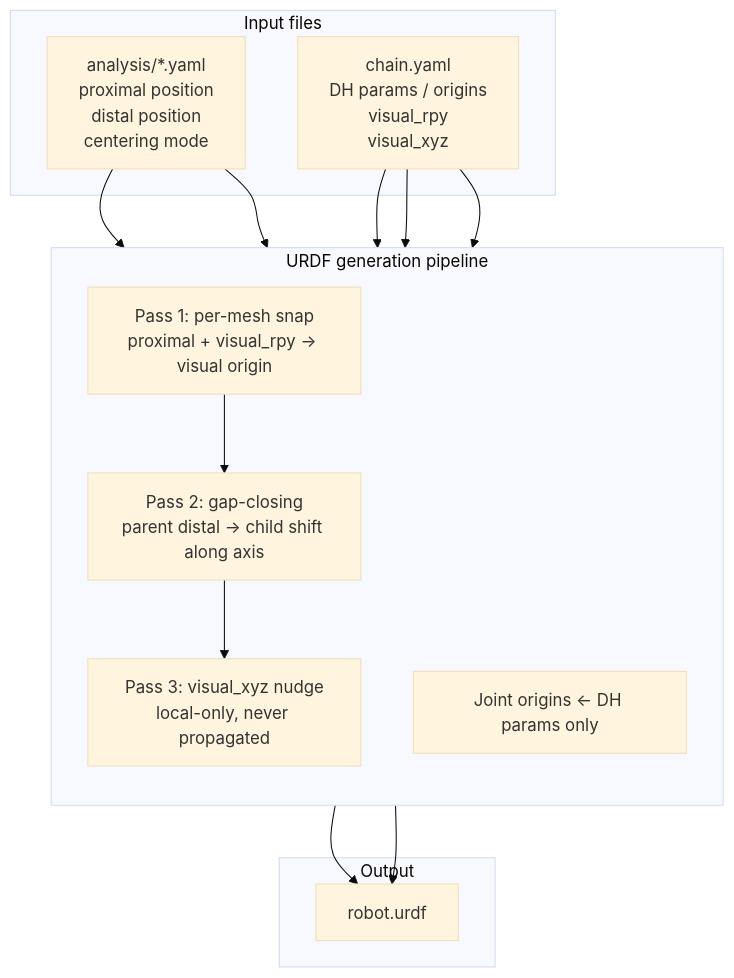
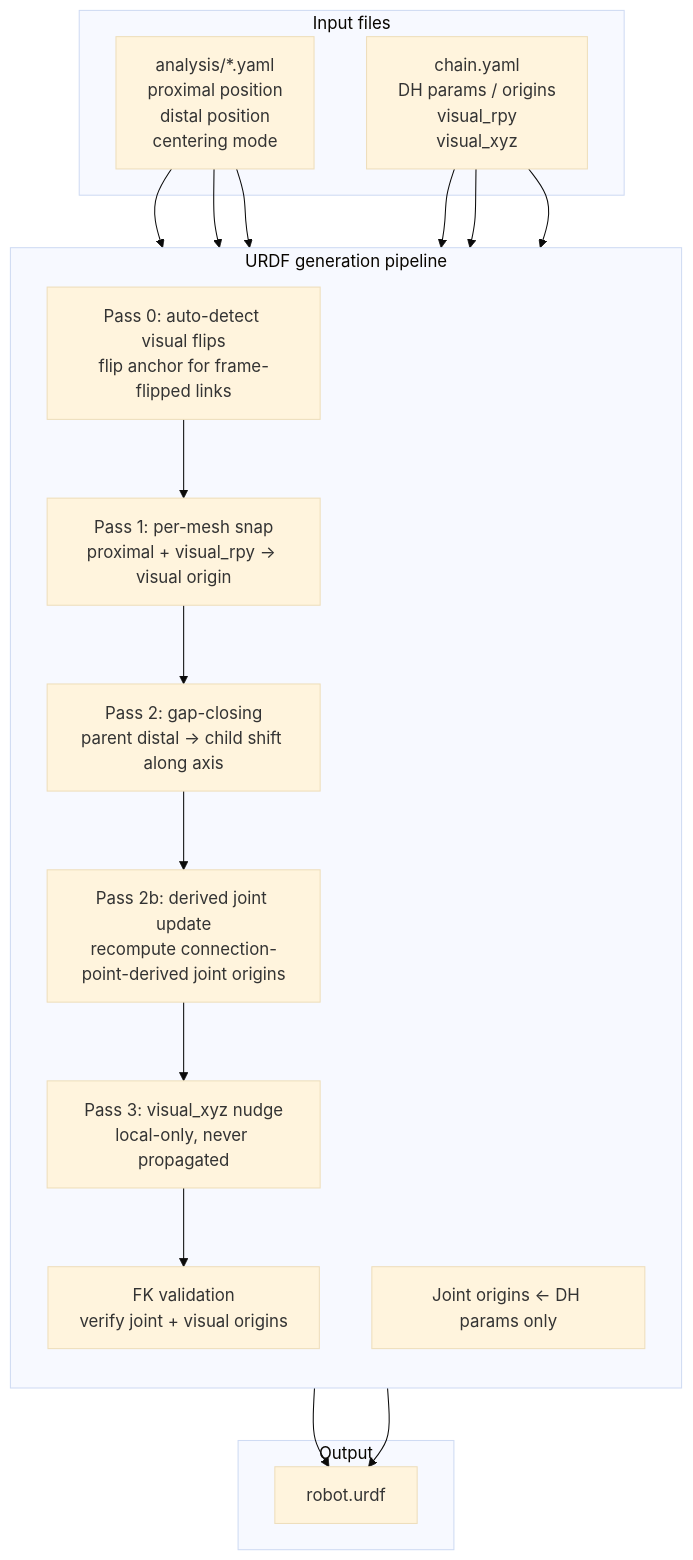
Before and after one commit to gilesknap/robot-arm-sim: the diagram in docs/explanations/urdf-generation-pipeline.md, drawn with Mermaid (base theme). The commit also changed other lines of this file and 7 other files, not shown here.

````diff
--- a/docs/explanations/urdf-generation-pipeline.md
+++ b/docs/explanations/urdf-generation-pipeline.md
@@ -182,28 +162,33 @@
 ```{mermaid}
 flowchart TB
     subgraph inputs ["Input files"]
         analysis["analysis/*.yaml<br/>proximal position<br/>distal position<br/>centering mode"]
         chain["chain.yaml<br/>DH params / origins<br/>visual_rpy<br/>visual_xyz"]
     end
 
     subgraph pipeline ["URDF generation pipeline"]
         direction TB
+        pass0["Pass 0: auto-detect visual flips<br/>flip anchor for frame-flipped links"]
         pass1["Pass 1: per-mesh snap<br/>proximal + visual_rpy → visual origin"]
         pass2["Pass 2: gap-closing<br/>parent distal → child shift along axis"]
+        pass2b["Pass 2b: derived joint update<br/>recompute connection-point-derived joint origins"]
         pass3["Pass 3: visual_xyz nudge<br/>local-only, never propagated"]
         joints["Joint origins ← DH params only"]
-        pass1 --> pass2 --> pass3
+        fk["FK validation<br/>verify joint + visual origins"]
+        pass0 --> pass1 --> pass2 --> pass2b --> pass3
+        pass3 --> fk
     end
 
     subgraph output ["Output"]
         urdf["robot.urdf"]
     end
 
+    analysis --> pass0
     analysis --> pass1
     analysis --> pass2
     chain --> pass1
     chain --> joints
     chain --> pass3
-    pass3 --> urdf
+    fk --> urdf
     joints --> urdf
 ```
````
